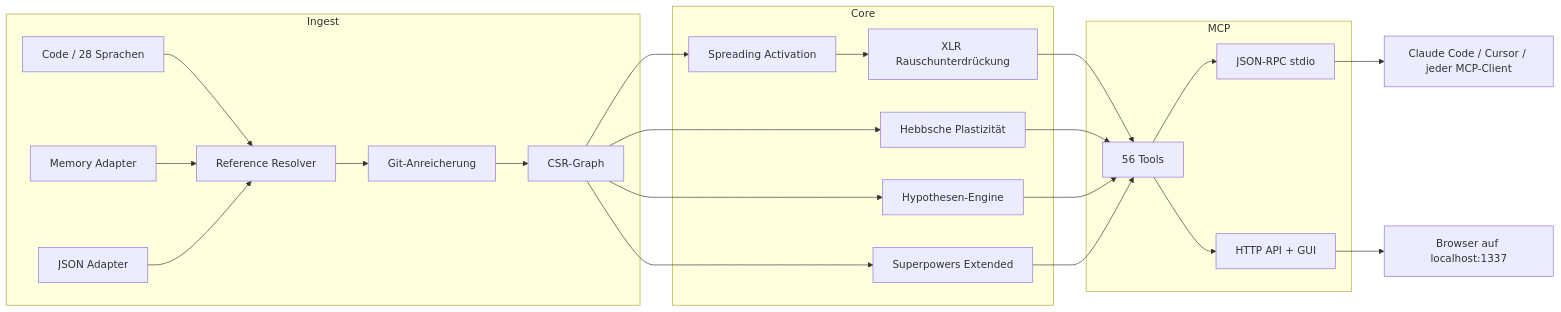
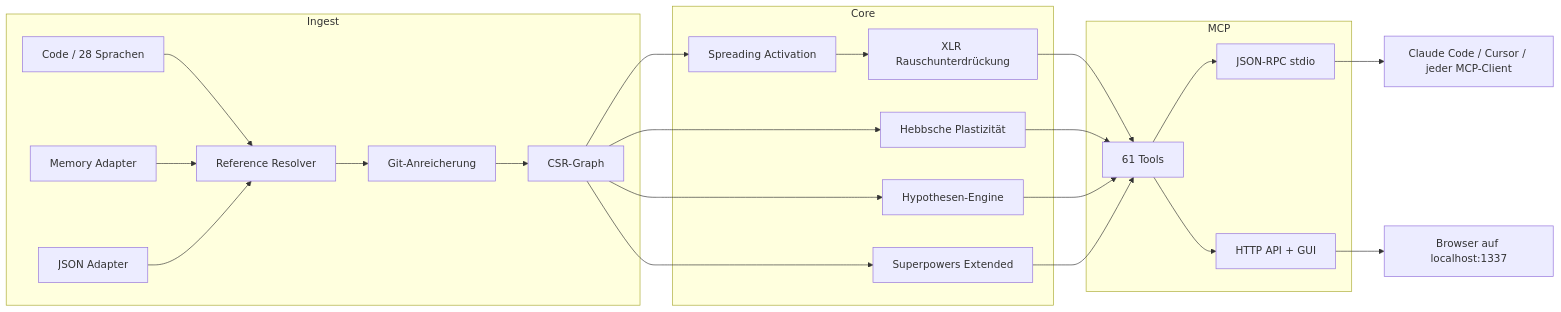
Before and after one commit to M1nd-Intelligence/m1nd: the diagram in README.de.md, drawn with Mermaid. The commit also changed other lines of this file and 51 other files, not shown here.

````diff
--- a/README.de.md
+++ b/README.de.md
@@ -297,27 +298,27 @@
 ```mermaid
 graph LR
     subgraph Ingest
         A[Code / 28 Sprachen] --> R[Reference Resolver]
         MA[Memory Adapter] --> R
         JA[JSON Adapter] --> R
         R --> GD[Git-Anreicherung]
         GD --> G[CSR-Graph]
     end
     subgraph Core
         G --> SA[Spreading Activation]
         G --> HP[Hebbsche Plastizität]
         G --> HY[Hypothesen-Engine]
         G --> SX[Superpowers Extended]
         SA --> XLR[XLR Rauschunterdrückung]
     end
     subgraph MCP
-        XLR --> T[56 Tools]
+        XLR --> T[61 Tools]
         HP --> T
         HY --> T
         SX --> T
         T --> IO[JSON-RPC stdio]
         T --> HTTP[HTTP API + GUI]
     end
     IO --> C[Claude Code / Cursor / jeder MCP-Client]
     HTTP --> B[Browser auf localhost:1337]
 ```
````
